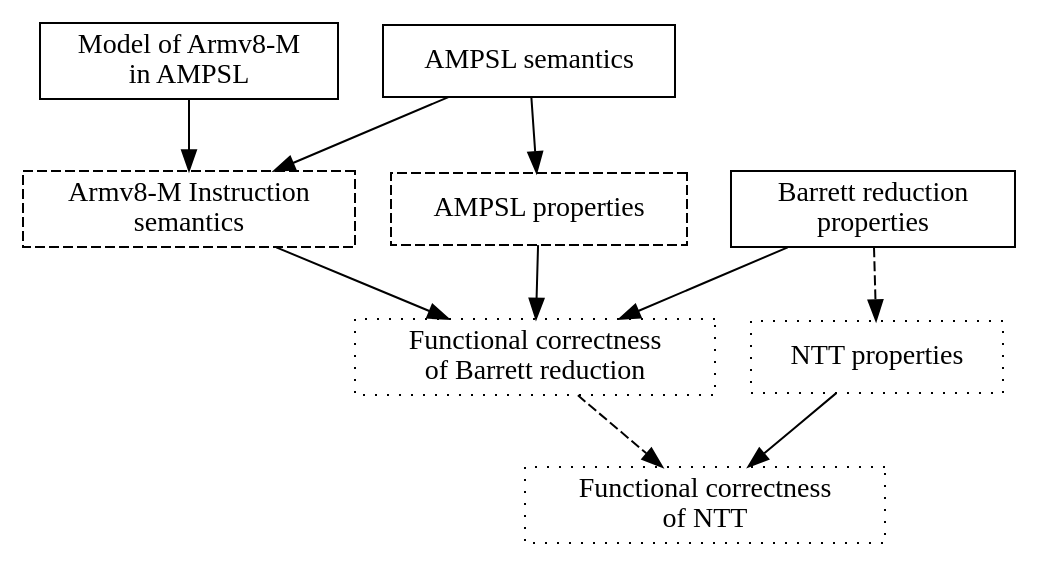
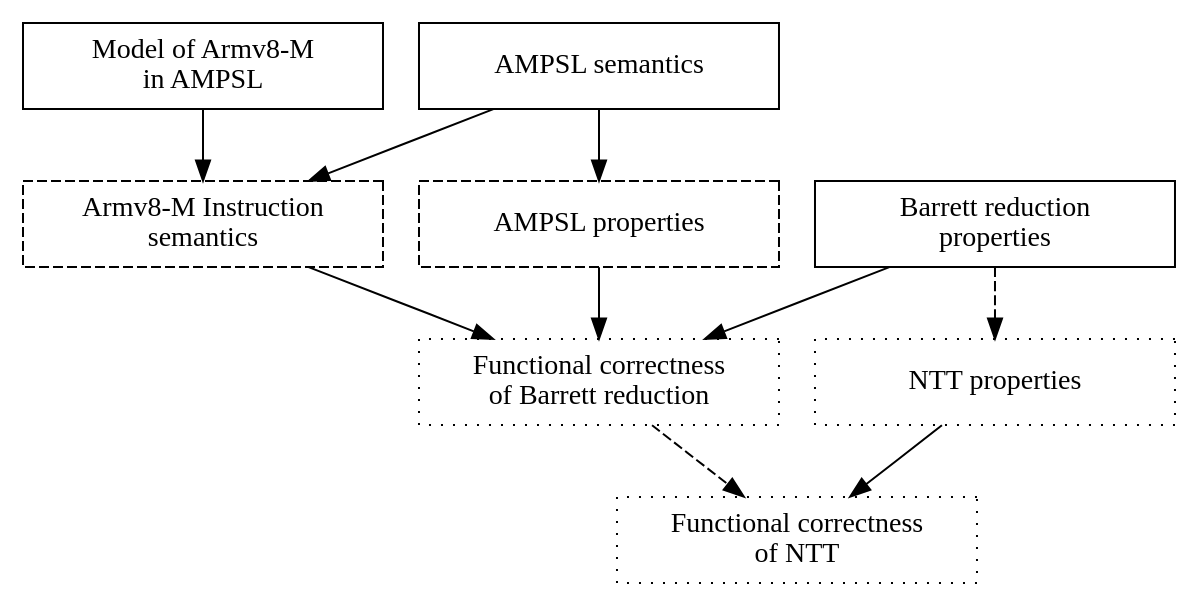
The diagram in thesis.org (yellowsquid/thesis), drawn with Graphviz before and after one commit. The commit also changed other lines of this file, not shown here.

```diff
--- a/thesis.org
+++ b/thesis.org
@@ -333,23 +335,23 @@
 #+begin_src dot :file progress.pdf :exports none
 digraph {
-    node [shape=box];
+    node [shape=box,width=2.5,height=0.6];
     A [label="Functional correctness\nof NTT",style=dotted];
     B [label="Functional correctness\nof Barrett reduction",style=dotted];
     C [label="NTT properties",style=dotted];
     D [label="Armv8-M Instruction\nsemantics",style=dashed];
     E [label="Barrett reduction\nproperties"];
     F [label="AMPSL semantics"];
     G [label="AMPSL properties",style=dashed];
     H [label="Model of Armv8-M\nin AMPSL"];
 
     H -> D;
     G -> B;
     F -> G;
     F -> D;
     E -> C [style=dashed];
     E -> B;
     D -> B;
     C -> A;
     B -> A [style=dashed];
 }
 #+end_src
```
